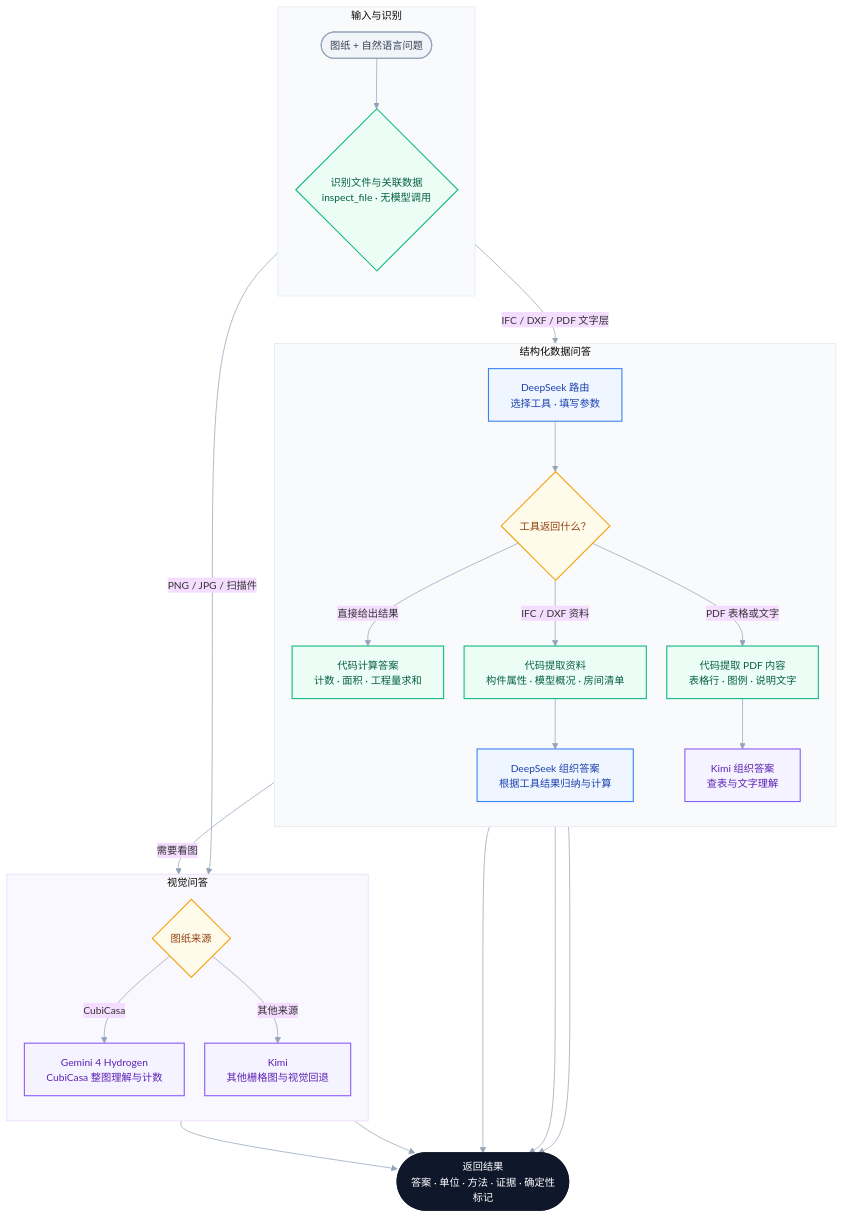
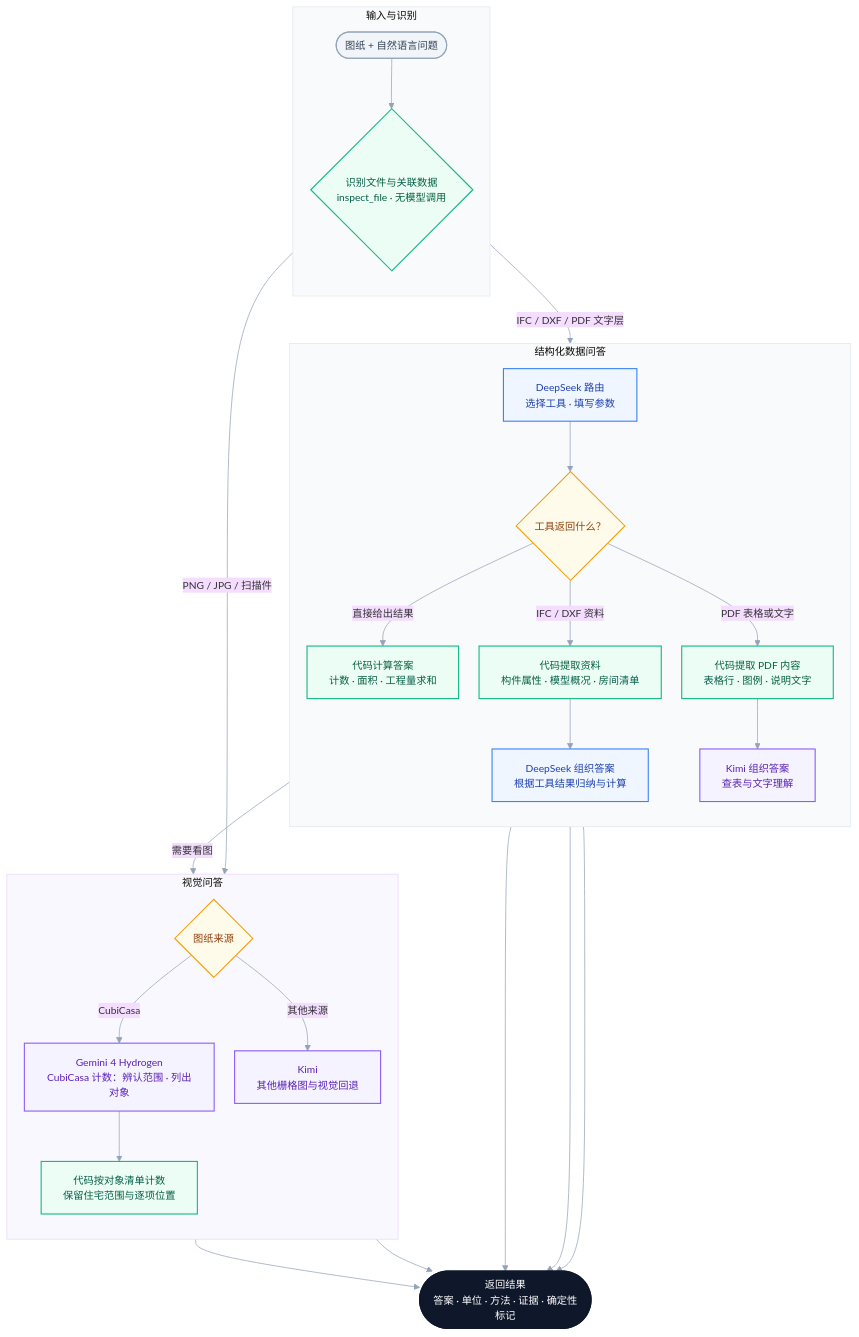
The diagram in PIPELINE.md (chaowang0524/metsatalo-stoa), drawn with Mermaid before and after one commit. The commit also changed other lines of this file and 6 other files, not shown here.

````diff
--- a/PIPELINE.md
+++ b/PIPELINE.md
@@ -11,64 +11,66 @@
 ```mermaid
 %%{init: {"theme": "base", "flowchart": {"curve": "basis", "nodeSpacing": 28, "rankSpacing": 44}, "themeVariables": {"fontFamily": "Arial, Microsoft YaHei, sans-serif", "fontSize": "14px", "lineColor": "#94a3b8"}}}%%
 flowchart TB
     subgraph INPUT["输入与识别"]
         direction TB
         A(["图纸 + 自然语言问题"])
         B{"识别文件与关联数据<br/>inspect_file · 无模型调用"}
         A --> B
     end
 
     subgraph STRUCTURED["结构化数据问答"]
         direction TB
         R["DeepSeek 路由<br/>选择工具 · 填写参数"]
         T{"工具返回什么？"}
         D["代码计算答案<br/>计数 · 面积 · 工程量求和"]
         I["代码提取资料<br/>构件属性 · 模型概况 · 房间清单"]
         C1["DeepSeek 组织答案<br/>根据工具结果归纳与计算"]
         P["代码提取 PDF 内容<br/>表格行 · 图例 · 说明文字"]
         C2["Kimi 组织答案<br/>查表与文字理解"]
         R --> T
         T -->|"直接给出结果"| D
         T -->|"IFC / DXF 资料"| I
         T -->|"PDF 表格或文字"| P
         I --> C1
         P --> C2
     end
 
     subgraph VISION["视觉问答"]
         direction TB
         S{"图纸来源"}
-        G["Gemini 4 Hydrogen<br/>CubiCasa 整图理解与计数"]
+        G["Gemini 4 Hydrogen<br/>CubiCasa 计数：辨认范围 · 列出对象"]
+        N["代码按对象清单计数<br/>保留住宅范围与逐项位置"]
         K["Kimi<br/>其他栅格图与视觉回退"]
         S -->|"CubiCasa"| G
+        G --> N
         S -->|"其他来源"| K
     end
 
     B -->|"IFC / DXF / PDF 文字层"| R
     B -->|"PNG / JPG / 扫描件"| S
     T -->|"需要看图"| K
 
     D --> OUT
     C1 --> OUT
     C2 --> OUT
-    G --> OUT
+    N --> OUT
     K --> OUT
     OUT(["返回结果<br/>答案 · 单位 · 方法 · 证据 · 确定性标记"])
 
     classDef input fill:#f1f5f9,stroke:#94a3b8,color:#334155,stroke-width:1.5px
     classDef code fill:#ecfdf5,stroke:#10b981,color:#065f46,stroke-width:1.5px
     classDef deepseek fill:#eff6ff,stroke:#3b82f6,color:#1e40af,stroke-width:1.5px
     classDef model fill:#f5f3ff,stroke:#8b5cf6,color:#5b21b6,stroke-width:1.5px
     classDef decision fill:#fffbeb,stroke:#f59e0b,color:#92400e,stroke-width:1.5px
     classDef output fill:#0f172a,stroke:#0f172a,color:#ffffff,stroke-width:2px
 
     class A input
-    class B,D,I,P code
+    class B,D,I,P,N code
     class R,C1 deepseek
     class G,K,C2 model
     class T,S decision
     class OUT output
     style INPUT fill:#f8fafc,stroke:#e2e8f0
     style STRUCTURED fill:#f8fafc,stroke:#e2e8f0
     style VISION fill:#faf8ff,stroke:#e9d5ff
 ```
````
